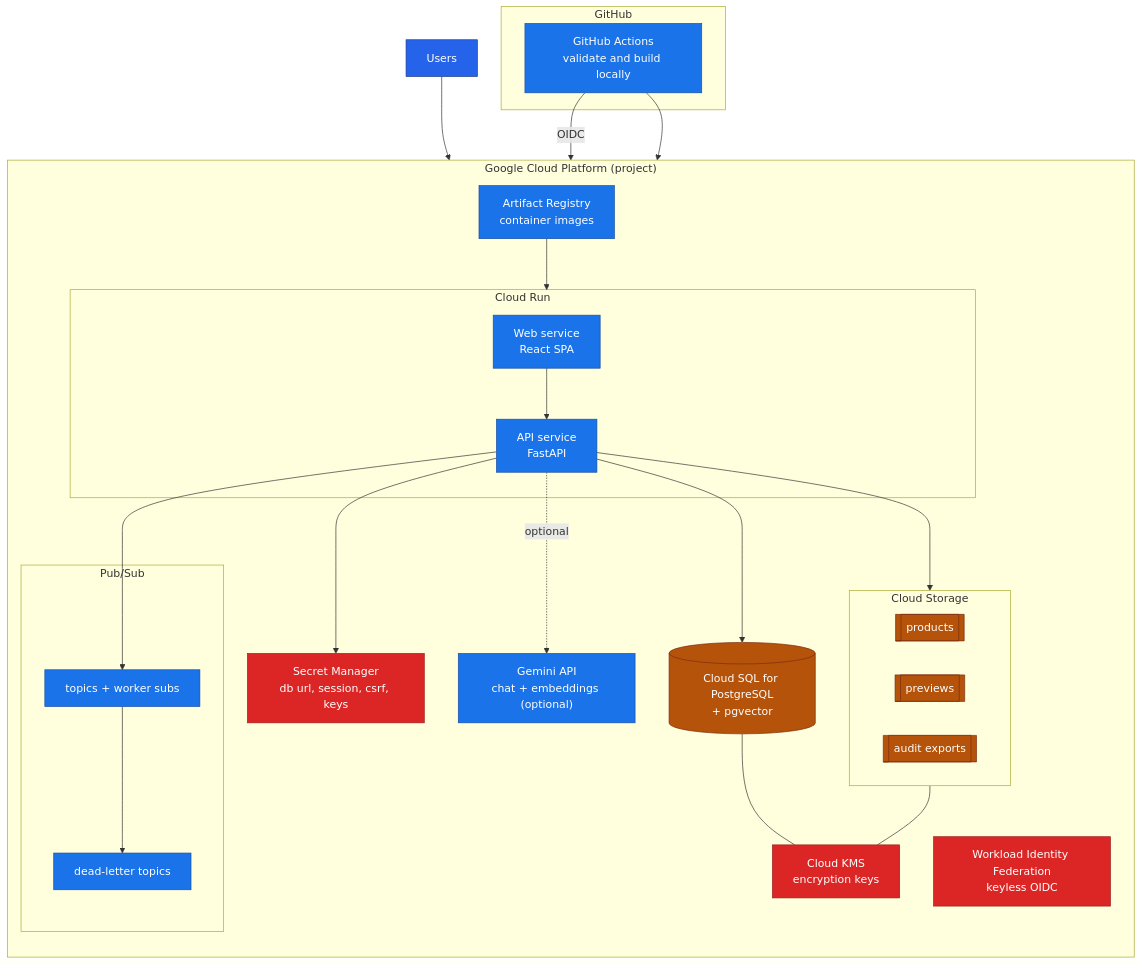
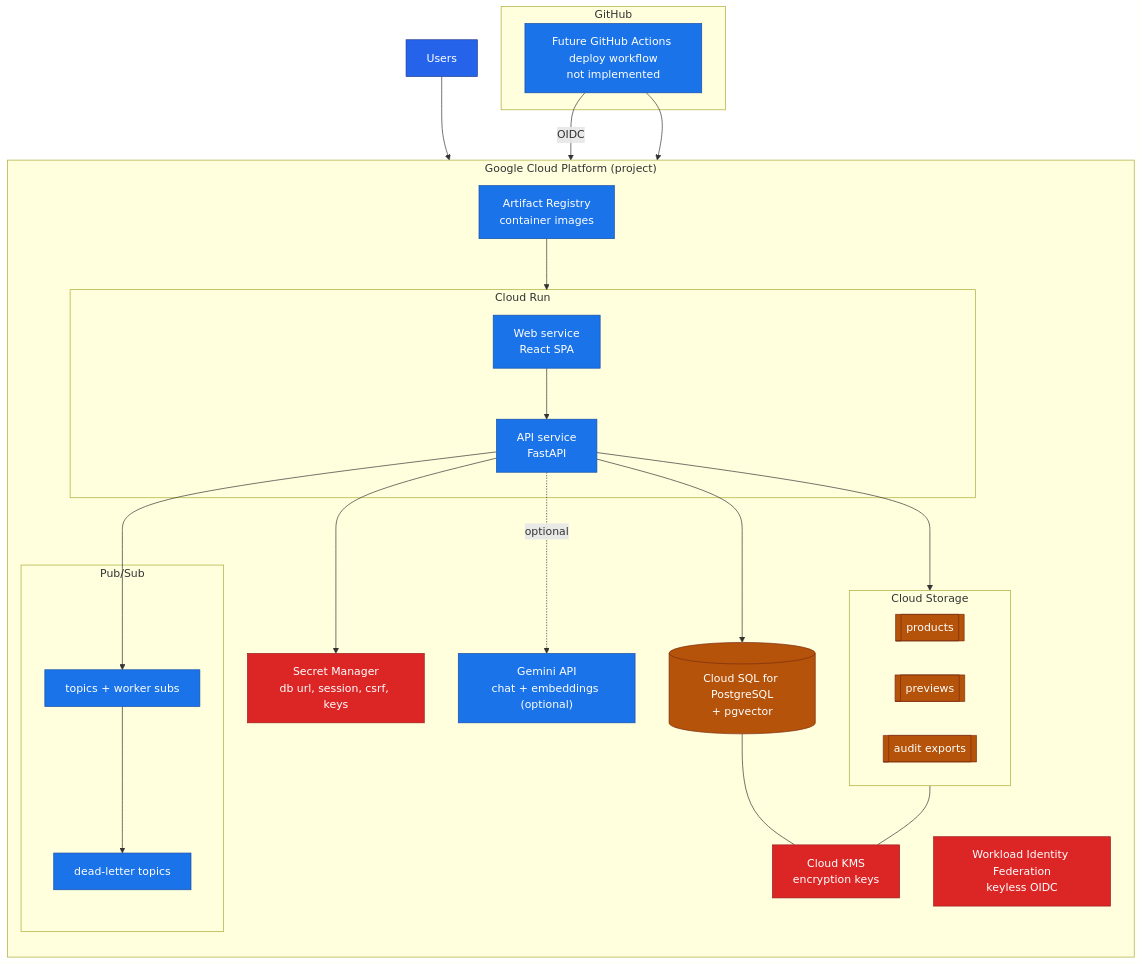
The second of 2 diagrams in docs/ARCHITECTURE_DEPLOYMENT.md (ShabalalaWATP/Coeus), drawn with Mermaid before and after one commit. The commit also changed other lines of this file and 68 other files, not shown here.

````diff
--- a/docs/ARCHITECTURE_DEPLOYMENT.md
+++ b/docs/ARCHITECTURE_DEPLOYMENT.md
@@ -62,52 +63,52 @@
 ```mermaid
 flowchart TB
     subgraph gh["GitHub"]
-        GHA["GitHub Actions<br/>validate and build locally"]
+        GHA["Future GitHub Actions deploy workflow<br/>not implemented"]
     end
 
     subgraph gcp["Google Cloud Platform (project)"]
         direction TB
         WIF["Workload Identity Federation<br/>keyless OIDC"]
         AR["Artifact Registry<br/>container images"]
 
         subgraph run["Cloud Run"]
             WEBSVC["Web service<br/>React SPA"]
             APISVC["API service<br/>FastAPI"]
         end
 
         SQL[("Cloud SQL for PostgreSQL<br/>+ pgvector")]
         subgraph buckets["Cloud Storage"]
             BPROD[["products"]]
             BPREV[["previews"]]
             BAUD[["audit exports"]]
         end
         subgraph msg["Pub/Sub"]
             TOPIC["topics + worker subs"]
             DLQ["dead-letter topics"]
         end
         SM["Secret Manager<br/>db url, session, csrf, keys"]
         KMS["Cloud KMS<br/>encryption keys"]
         GEMINI["Gemini API<br/>chat + embeddings (optional)"]
     end
 
     USERS["Users"] --> WEBSVC --> APISVC
     GHA -->|OIDC| WIF
     GHA --> AR --> run
     APISVC --> SQL
     APISVC --> buckets
     APISVC --> TOPIC
     TOPIC --> DLQ
     APISVC --> SM
     APISVC -.optional.-> GEMINI
     SQL --- KMS
     buckets --- KMS
 
     classDef actor fill:#2563eb,stroke:#1e3a8a,color:#fff,stroke-width:1px
     classDef gcp fill:#1a73e8,stroke:#174ea6,color:#fff,stroke-width:1px
     classDef data fill:#b45309,stroke:#7c2d12,color:#fff,stroke-width:1px
     classDef sec fill:#dc2626,stroke:#991b1b,color:#fff,stroke-width:1px
     class USERS actor
     class WEBSVC,APISVC,AR,TOPIC,DLQ,GEMINI,GHA gcp
     class SQL,BPROD,BPREV,BAUD data
     class WIF,SM,KMS sec
 ```
````
